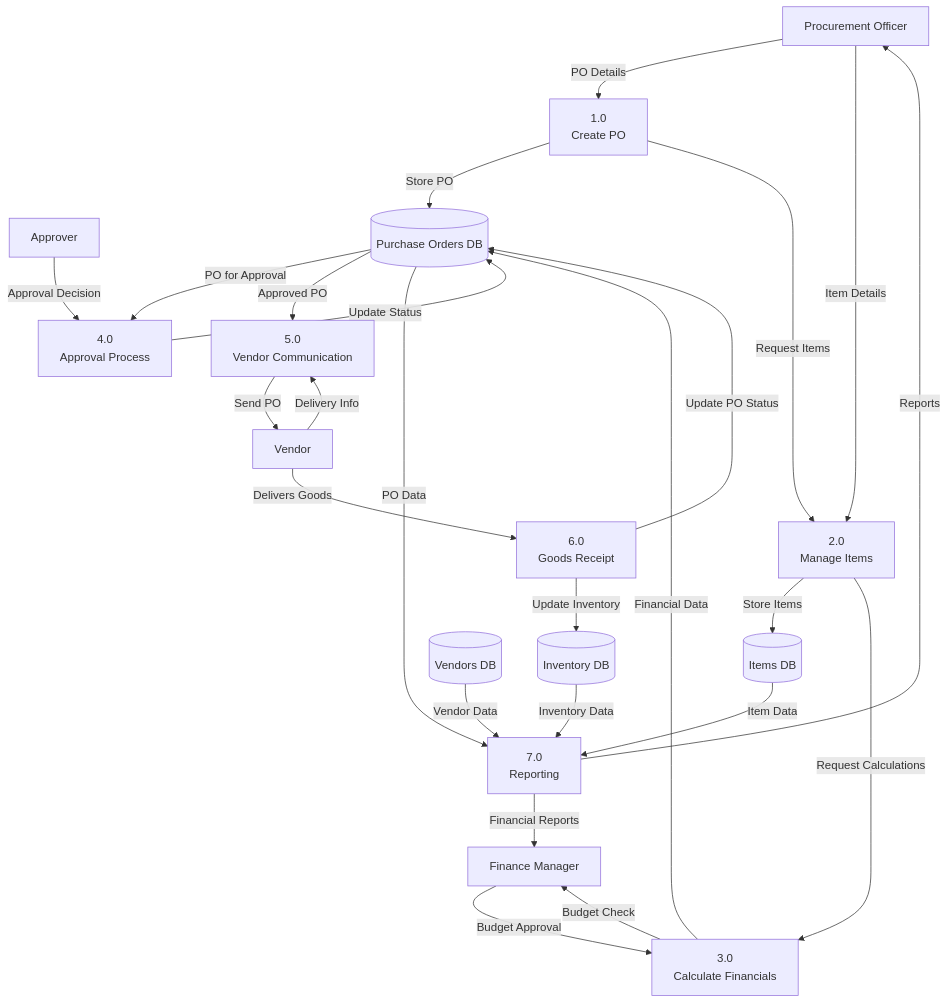
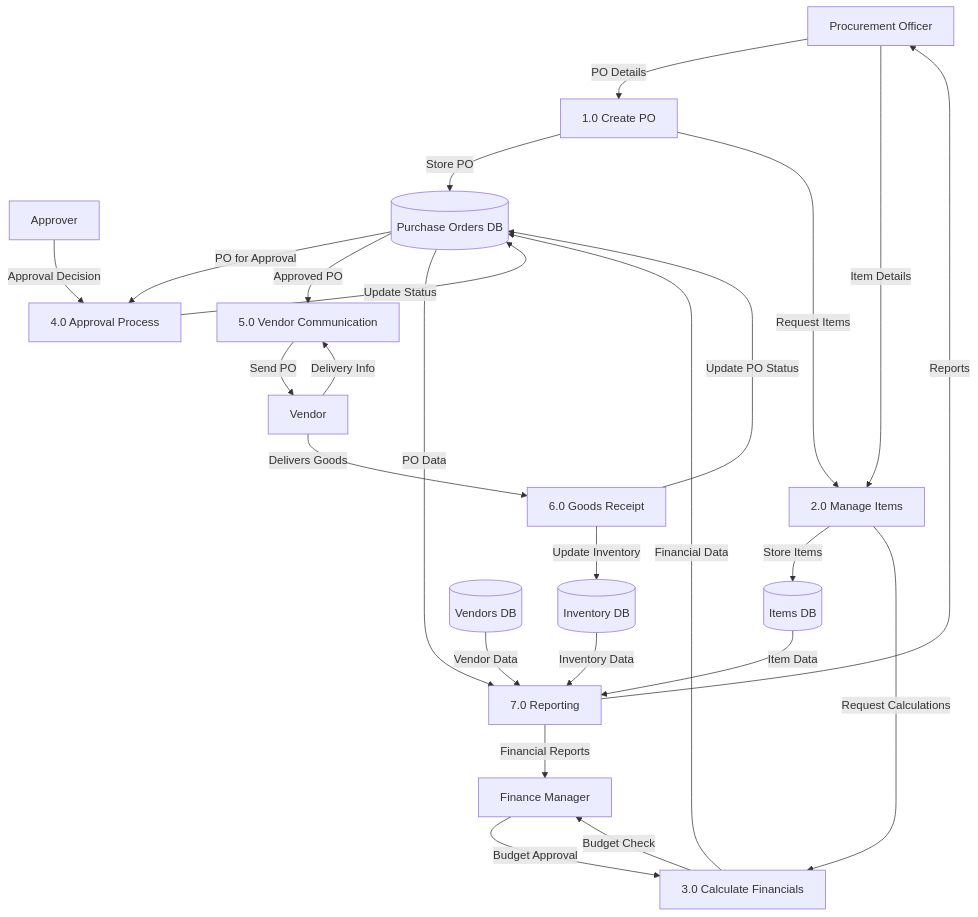
Before and after one commit to CarmenSoftware-organization/carmen: the second of 6 diagrams in docs/po/purchase-order-data-flow.md, drawn with Mermaid. The commit also changed other lines of this file and 55 other files, not shown here.

````diff
--- a/docs/po/purchase-order-data-flow.md
+++ b/docs/po/purchase-order-data-flow.md
@@ -17,55 +17,55 @@
 ```mermaid
 flowchart TD
     %% External Entities
     ProcurementOfficer[Procurement Officer]
     FinanceManager[Finance Manager]
     Approver[Approver]
     Vendor[Vendor]
     
     %% Processes
-    CreatePO[1.0\nCreate PO]
-    ManageItems[2.0\nManage Items]
-    CalculateFinancials[3.0\nCalculate Financials]
-    ApprovalProcess[4.0\nApproval Process]
-    VendorCommunication[5.0\nVendor Communication]
-    GoodsReceipt[6.0\nGoods Receipt]
-    Reporting[7.0\nReporting]
+    CreatePO[1.0 Create PO]
+    ManageItems[2.0 Manage Items]
+    CalculateFinancials[3.0 Calculate Financials]
+    ApprovalProcess[4.0 Approval Process]
+    VendorCommunication[5.0 Vendor Communication]
+    GoodsReceipt[6.0 Goods Receipt]
+    Reporting[7.0 Reporting]
     
     %% Data Stores
     PurchaseOrdersDB[(Purchase Orders DB)]
     ItemsDB[(Items DB)]
     VendorsDB[(Vendors DB)]
     InventoryDB[(Inventory DB)]
     
     %% Data Flows
     ProcurementOfficer -->|PO Details| CreatePO
     CreatePO -->|Store PO| PurchaseOrdersDB
     CreatePO -->|Request Items| ManageItems
     
     ProcurementOfficer -->|Item Details| ManageItems
     ManageItems -->|Store Items| ItemsDB
     ManageItems -->|Request Calculations| CalculateFinancials
     
     CalculateFinancials -->|Financial Data| PurchaseOrdersDB
     CalculateFinancials -->|Budget Check| FinanceManager
     FinanceManager -->|Budget Approval| CalculateFinancials
     
     PurchaseOrdersDB -->|PO for Approval| ApprovalProcess
     Approver -->|Approval Decision| ApprovalProcess
     ApprovalProcess -->|Update Status| PurchaseOrdersDB
     
     PurchaseOrdersDB -->|Approved PO| VendorCommunication
     VendorCommunication -->|Send PO| Vendor
     Vendor -->|Delivery Info| VendorCommunication
     
     Vendor -->|Delivers Goods| GoodsReceipt
     GoodsReceipt -->|Update Inventory| InventoryDB
     GoodsReceipt -->|Update PO Status| PurchaseOrdersDB
     
     PurchaseOrdersDB -->|PO Data| Reporting
     ItemsDB -->|Item Data| Reporting
     VendorsDB -->|Vendor Data| Reporting
     InventoryDB -->|Inventory Data| Reporting
     Reporting -->|Reports| ProcurementOfficer
     Reporting -->|Financial Reports| FinanceManager
 ```
````
